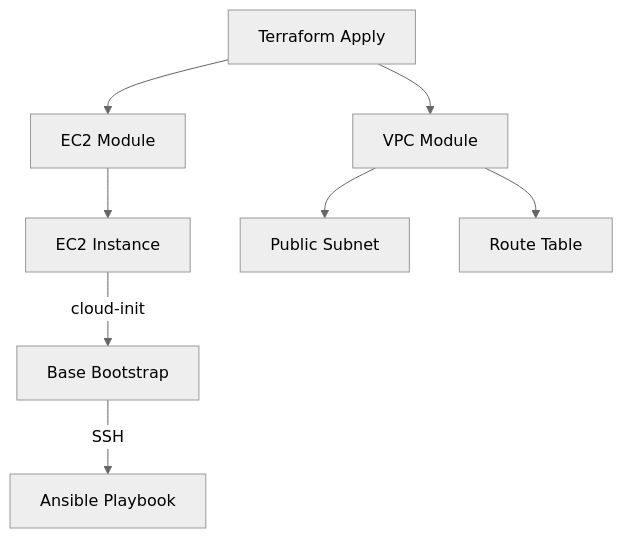
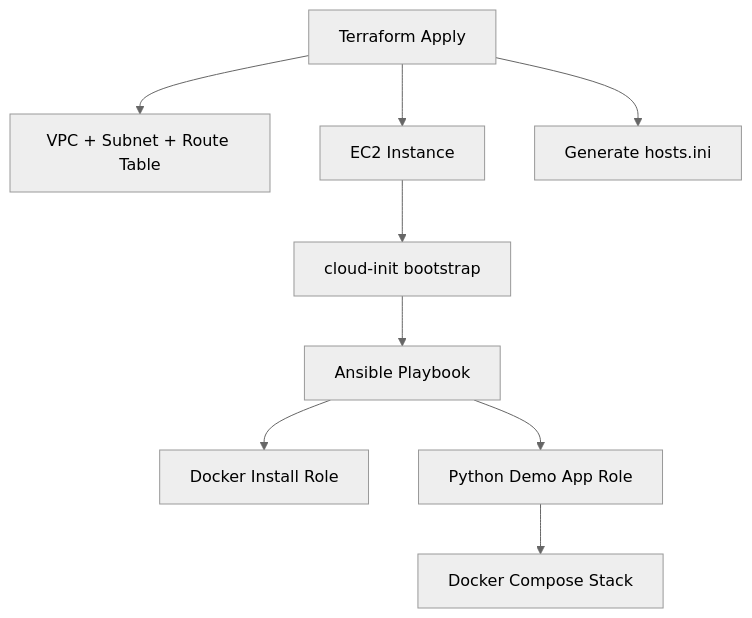
One commit to LaurisNeimanis/ccore-ai-infra changed the diagram in README.md. Above: the diagram before and after it, drawn with Mermaid (neutral theme). The commit also changed other lines of this file and 15 other files, not shown here.

Commit message:
feat: add complete Ansible stack, auto-generated inventory template, and updated Terraform architecture docs

````diff
--- a/README.md
+++ b/README.md
@@ -58,12 +36,14 @@
 ```mermaid
 flowchart TD
-    A[Terraform Apply] --> B[VPC Module]
-    A --> C[EC2 Module]
-    C --> D[EC2 Instance]
+    A[Terraform Apply] --> B[VPC + Subnet + Route Table]
+    A --> C[EC2 Instance]
+    A --> D[Generate hosts.ini]
 
-    D -->|cloud-init| E[Base Bootstrap]
-    E -->|SSH| F[Ansible Playbook]
+    C --> E[cloud-init bootstrap]
+    E --> F[Ansible Playbook]
 
-    B --> G[Public Subnet]
-    B --> H[Route Table]
+    F --> G[Docker Install Role]
+    F --> H[Python Demo App Role]
+
+    H --> I[Docker Compose Stack]
 ```
````
